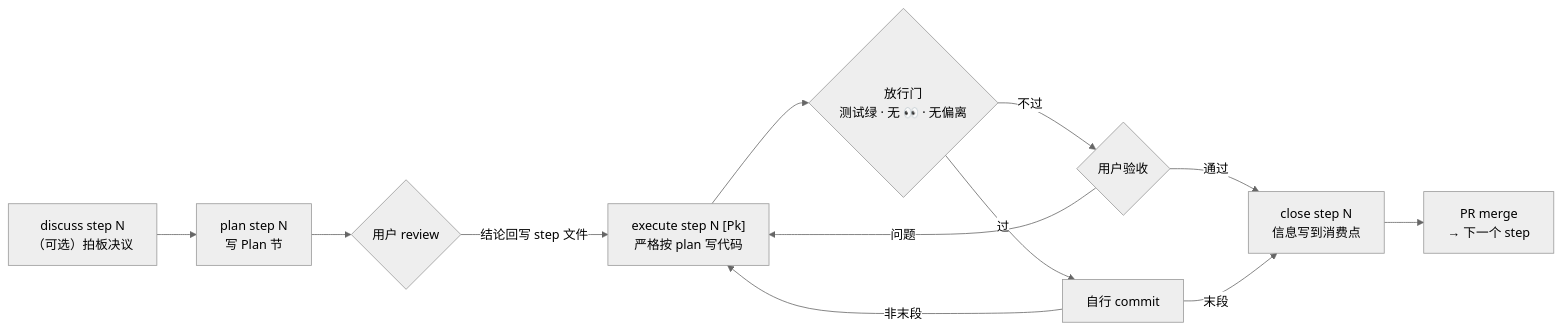
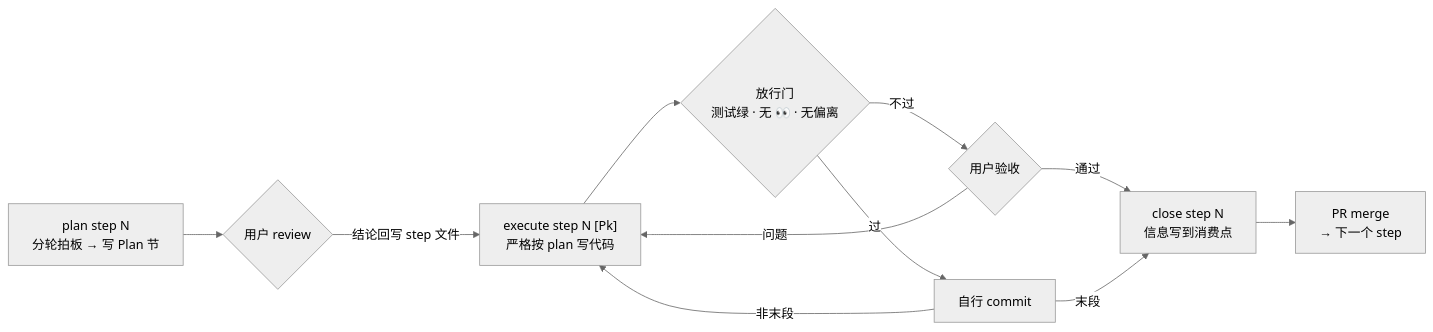
The diagram in README.md (JiayiLiuCA/claude-workflow), drawn with Mermaid (neutral theme) before and after one commit. The commit also changed other lines of this file and 9 other files, not shown here.

First line of the commit message:
discuss 并入 plan：每个 step 都从 plan 开始，有需要拍板的先分轮问清

````diff
--- a/README.md
+++ b/README.md
@@ -79,14 +78,13 @@
 ```mermaid
 flowchart LR
-    D["discuss step N<br/>（可选）拍板决议"] --> P["plan step N<br/>写 Plan 节"]
-    P --> R{用户 review}
+    P["plan step N<br/>分轮拍板 → 写 Plan 节"] --> R{用户 review}
     R -->|结论回写 step 文件| E["execute step N [Pk]<br/>严格按 plan 写代码"]
     E --> G{"放行门<br/>测试绿 · 无 👀 · 无偏离"}
     G -->|过| A["自行 commit"]
     A -->|非末段| E
     G -->|不过| V{用户验收}
     V -->|问题| E
     V -->|通过| C["close step N<br/>信息写到消费点"]
     A -->|末段| C
     C --> M["PR merge<br/>→ 下一个 step"]
 ```
````
